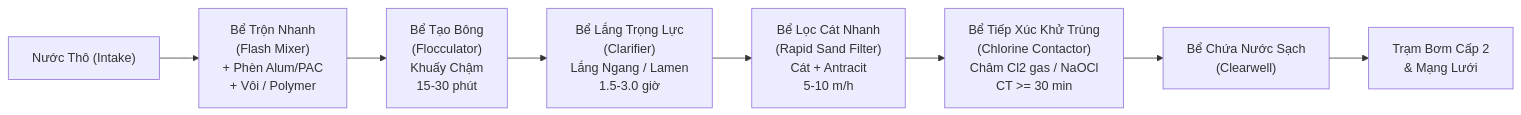
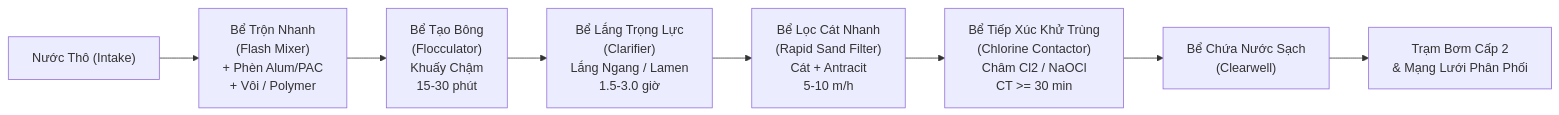
The first of 12 diagrams in kt-xu-ly-nuoc-cap/fragments/ch01_branches.md (nguyendoanhcmut/hcmut-263-branches), drawn with Mermaid before and after one commit. The commit also changed other lines of this file and 12 other files, not shown here.

First line of the commit message:
feat(water-treatment): rebuild branches mindmap to ASD-STE100 standard

````diff
--- a/kt-xu-ly-nuoc-cap/fragments/ch01_branches.md
+++ b/kt-xu-ly-nuoc-cap/fragments/ch01_branches.md
@@ -551,10 +882,10 @@
 ```mermaid
 flowchart LR
     A["Nước Thô (Intake)"] --> B["Bể Trộn Nhanh\n(Flash Mixer)\n+ Phèn Alum/PAC\n+ Vôi / Polymer"]
     B --> C["Bể Tạo Bông\n(Flocculator)\nKhuấy Chậm\n15-30 phút"]
     C --> D["Bể Lắng Trọng Lực\n(Clarifier)\nLắng Ngang / Lamen\n1.5-3.0 giờ"]
     D --> E["Bể Lọc Cát Nhanh\n(Rapid Sand Filter)\nCát + Antracit\n5-10 m/h"]
-    E --> F["Bể Tiếp Xúc Khử Trùng\n(Chlorine Contactor)\nChâm Cl2 gas / NaOCl\nCT >= 30 min"]
+    E --> F["Bể Tiếp Xúc Khử Trùng\n(Chlorine Contactor)\nChâm Cl2 / NaOCl\nCT >= 30 min"]
     F --> G["Bể Chứa Nước Sạch\n(Clearwell)"]
-    G --> H["Trạm Bơm Cấp 2\n& Mạng Lưới"]
+    G --> H["Trạm Bơm Cấp 2\n& Mạng Lưới Phân Phối"]
 ```
````
